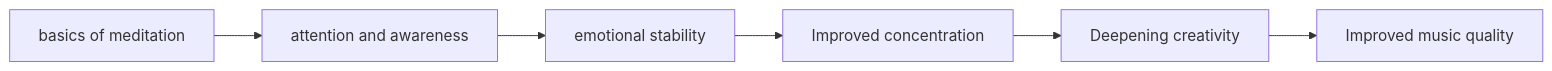
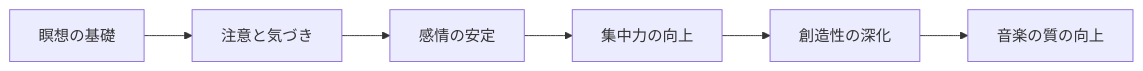
Before and after one commit to monumental-movement/monumental-movement.github.io: the diagram in en/_posts/2026-01-23-column-vipassana-musician.md, drawn with Mermaid. The commit also changed other lines of this file and 775 other files, not shown here.

```diff
--- a/en/_posts/2026-01-23-column-vipassana-musician.md
+++ b/en/_posts/2026-01-23-column-vipassana-musician.md
@@ -114,8 +113,8 @@
 <div class="mermaid">
 graph LR
-    A[basics of meditation] --> B[attention and awareness]
-    B --> C[emotional stability]
-    C --> D[Improved concentration]
-    D --> E[Deepening creativity]
-    E --> F[Improved music quality]
+    A[瞑想の基礎] --> B[注意と気づき]
+    B --> C[感情の安定]
+    C --> D[集中力の向上]
+    D --> E[創造性の深化]
+    E --> F[音楽の質の向上]
 </div>
```
